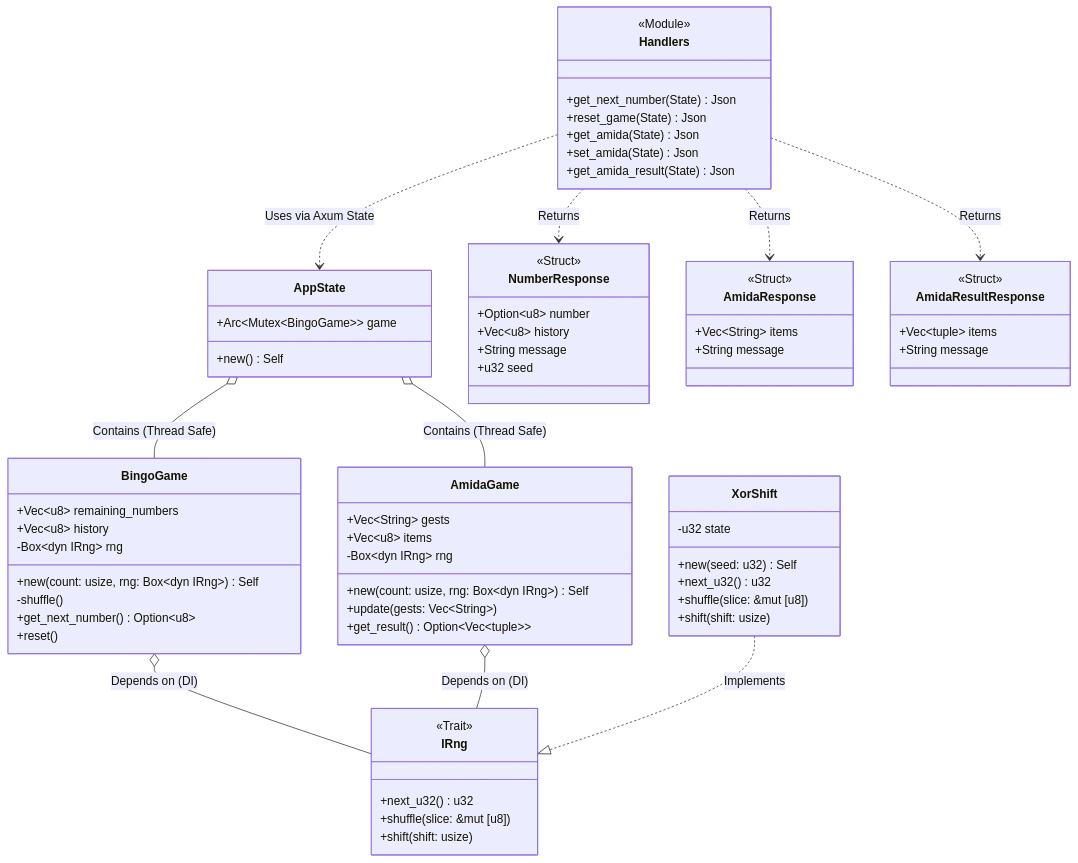
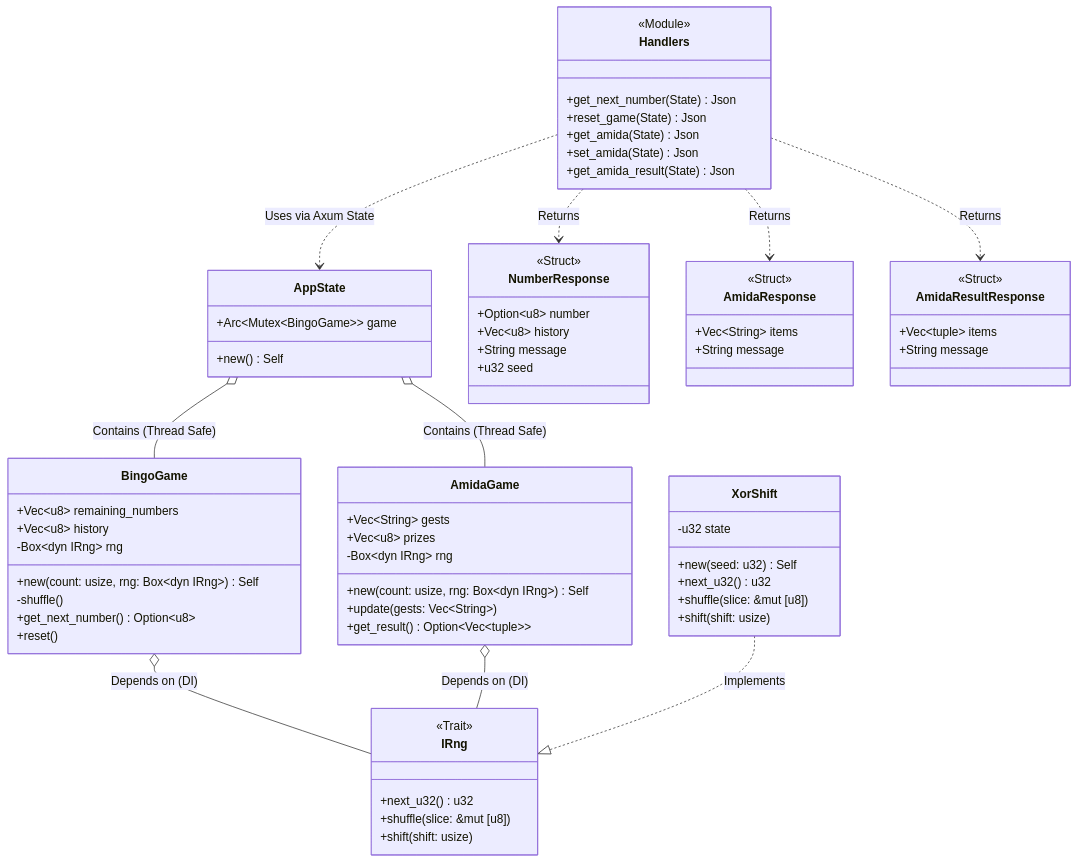
Before and after one commit to yasyasyu/bingo-server: the second of 5 diagrams in docs/ARCHITECTURE.md, drawn with Mermaid. The commit also changed other lines of this file and 3 other files, not shown here.

````diff
--- a/docs/ARCHITECTURE.md
+++ b/docs/ARCHITECTURE.md
@@ -35,82 +35,82 @@
 ```mermaid
 classDiagram
     title Backend Class Structure
 
     class AppState {
         +Arc~Mutex~BingoGame~~ game
         +new() Self
     }
 
     class IRng {
         <<Trait>>
         +next_u32() u32
         +shuffle(slice: &mut [u8])
         +shift(shift: usize)
     }
 
     class XorShift {
         -u32 state
         +new(seed: u32) Self
         +next_u32() u32
         +shuffle(slice: &mut [u8])
         +shift(shift: usize)
     }
 
     class BingoGame {
         +Vec~u8~ remaining_numbers
         +Vec~u8~ history
         -Box~dyn IRng~ rng
         +new(count: usize, rng: Box~dyn IRng~) Self
         -shuffle()
         +get_next_number() Option~u8~
         +reset()
     }
 
     class AmidaGame {
         +Vec~String~ gests
-        +Vec~u8~ items
+        +Vec~u8~ prizes
         -Box~dyn IRng~ rng
         +new(count: usize, rng: Box~dyn IRng~) Self
         +update(gests: Vec~String~)
         +get_result() Option~Vec~tuple~~
     }
 
     class Handlers {
         <<Module>>
         +get_next_number(State) Json
         +reset_game(State) Json
         +get_amida(State) Json
         +set_amida(State) Json
         +get_amida_result(State) Json
     }
     
     class NumberResponse {
         <<Struct>>
         +Option~u8~ number
         +Vec~u8~ history
         +String message
         +u32 seed
     }
 
     class AmidaResponse {
         <<Struct>>
         +Vec~String~ items
         +String message
     }
 
     class AmidaResultResponse {
         <<Struct>>
         +Vec~tuple~ items
         +String message
     }
 
     Handlers ..> AppState : Uses via Axum State
     Handlers ..> NumberResponse : Returns
     Handlers ..> AmidaResponse : Returns
     Handlers ..> AmidaResultResponse : Returns
     AppState o-- BingoGame : Contains (Thread Safe)
     AppState o-- AmidaGame : Contains (Thread Safe)
     BingoGame o-- IRng : Depends on (DI)
     AmidaGame o-- IRng : Depends on (DI)
     XorShift ..|> IRng : Implements
 ```
````
